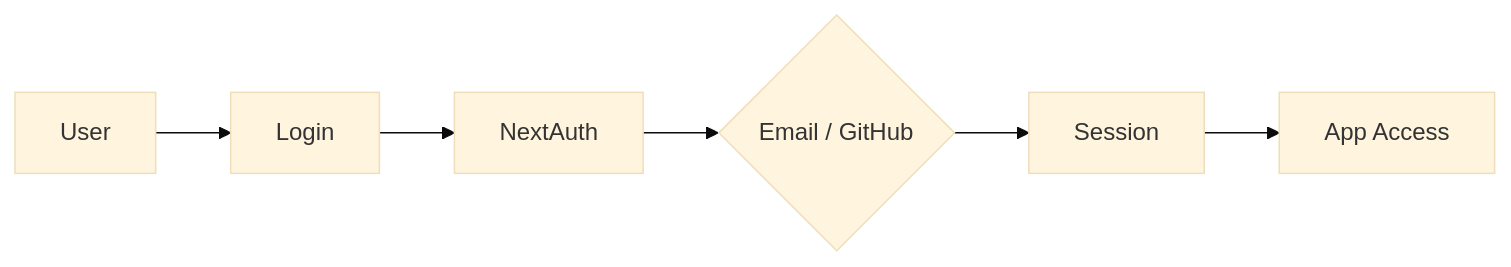
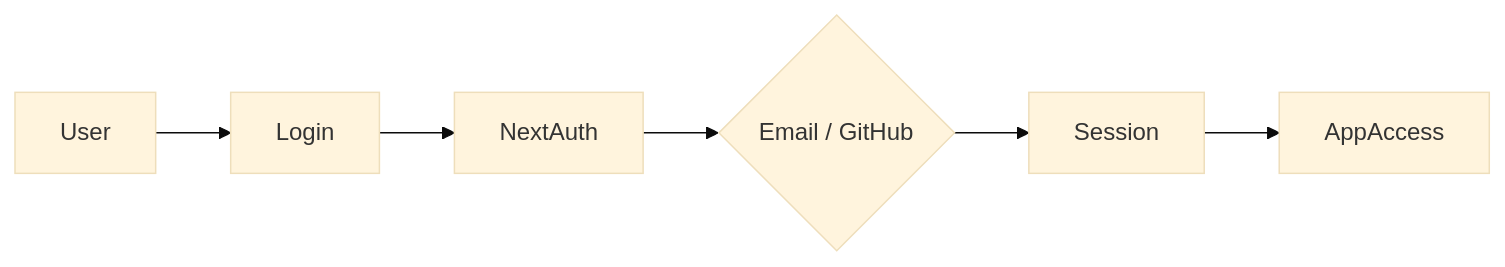
One commit to mafusco60/DevStash changed the second of 3 diagrams in context/project-overview.md. Above: the diagram before and after it, drawn with Mermaid (base theme). The commit also changed other lines of this file and 2 other files, not shown here.

````diff
--- a/context/project-overview.md
+++ b/context/project-overview.md
@@ -289,8 +265,8 @@
 ```mermaid
 flowchart LR
   User --> Login
   Login --> NextAuth
   NextAuth --> Providers{Email / GitHub}
   Providers --> Session
-  Session --> AppAccess[App Access]
+  Session --> AppAccess
 ```
````
